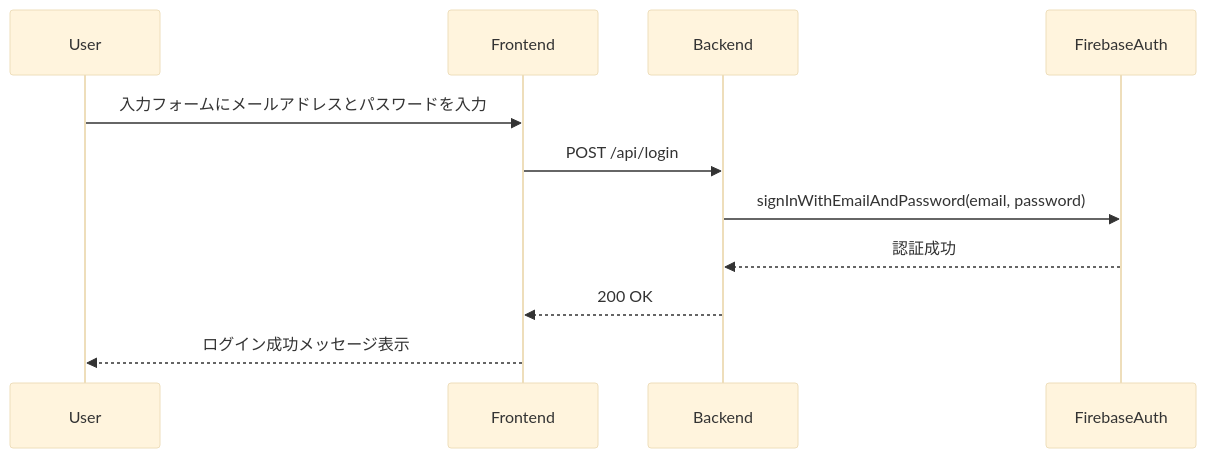
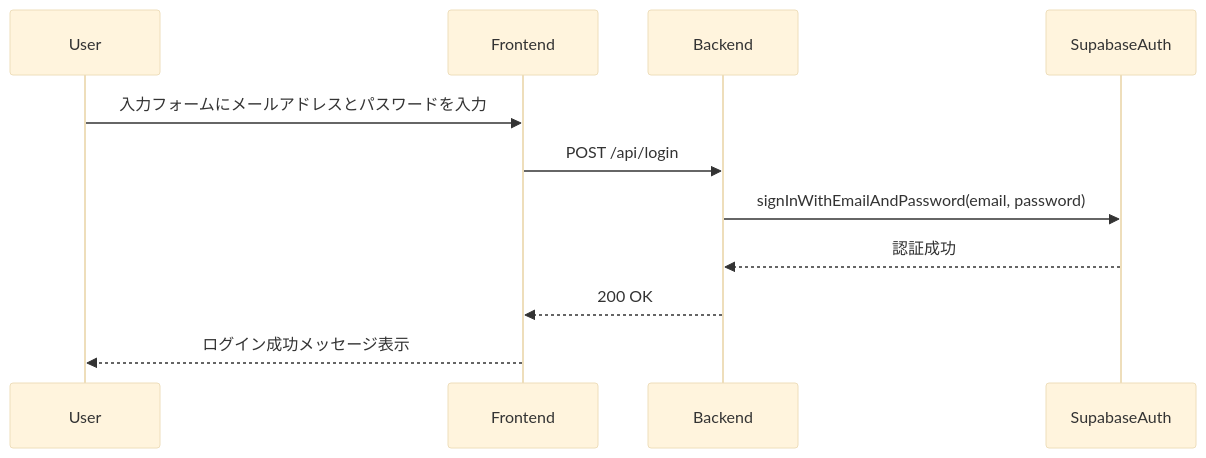
Before and after one commit to c-a-c/CAC-image-post: the second of 6 diagrams in documents/詳細設計書.md, drawn with Mermaid (base theme). The commit also changed other lines of this file and 10 other files, not shown here.

Commit message:
update: supabaseの採用、ER図の追加

````diff
--- a/documents/詳細設計書.md
+++ b/documents/詳細設計書.md
@@ -180,14 +180,14 @@
 ```mermaid
 sequenceDiagram
     participant User
     participant Frontend
     participant Backend
-    participant FirebaseAuth
+    participant SupabaseAuth
 
     User->>Frontend: 入力フォームにメールアドレスとパスワードを入力
     Frontend->>Backend: POST /api/login
-    Backend->>FirebaseAuth: signInWithEmailAndPassword(email, password)
-    FirebaseAuth-->>Backend: 認証成功
+    Backend->>SupabaseAuth: signInWithEmailAndPassword(email, password)
+    SupabaseAuth-->>Backend: 認証成功
     Backend-->>Frontend: 200 OK
     Frontend-->>User: ログイン成功メッセージ表示
 ```
````
